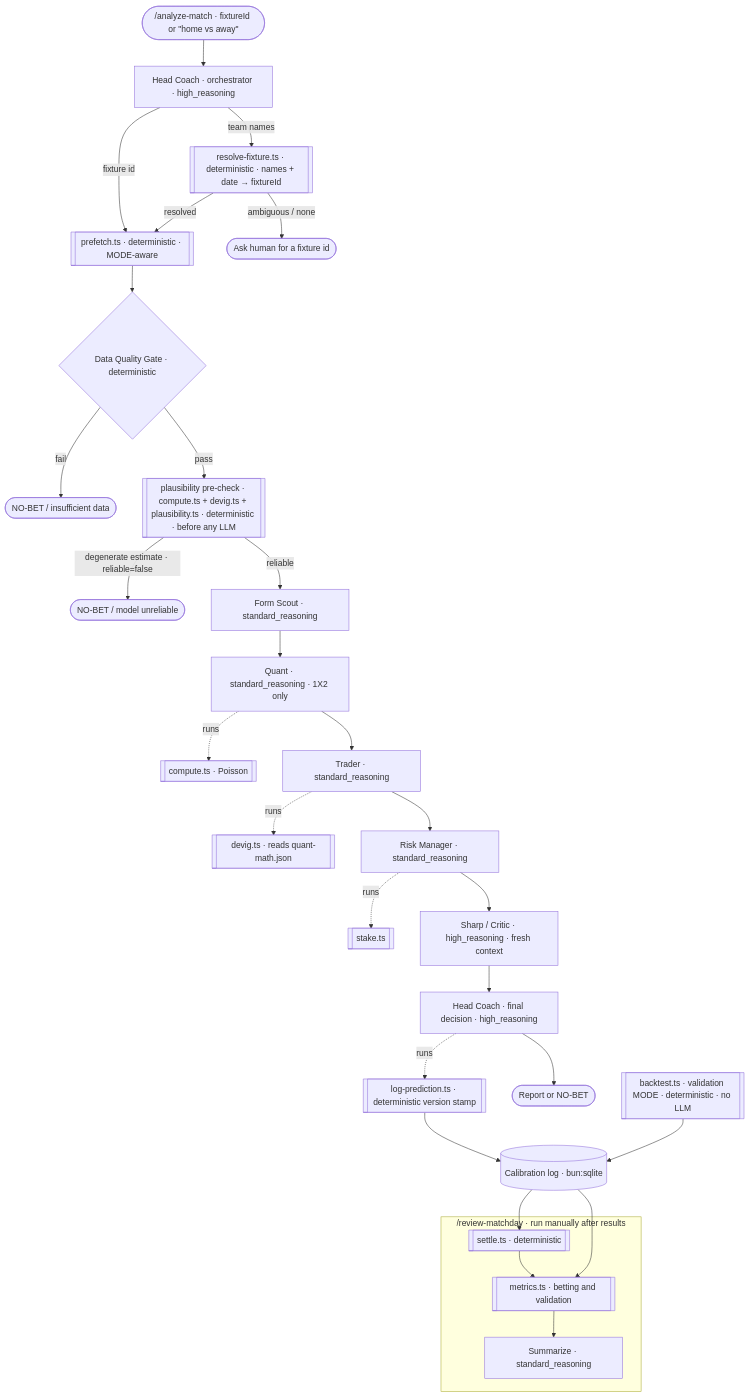
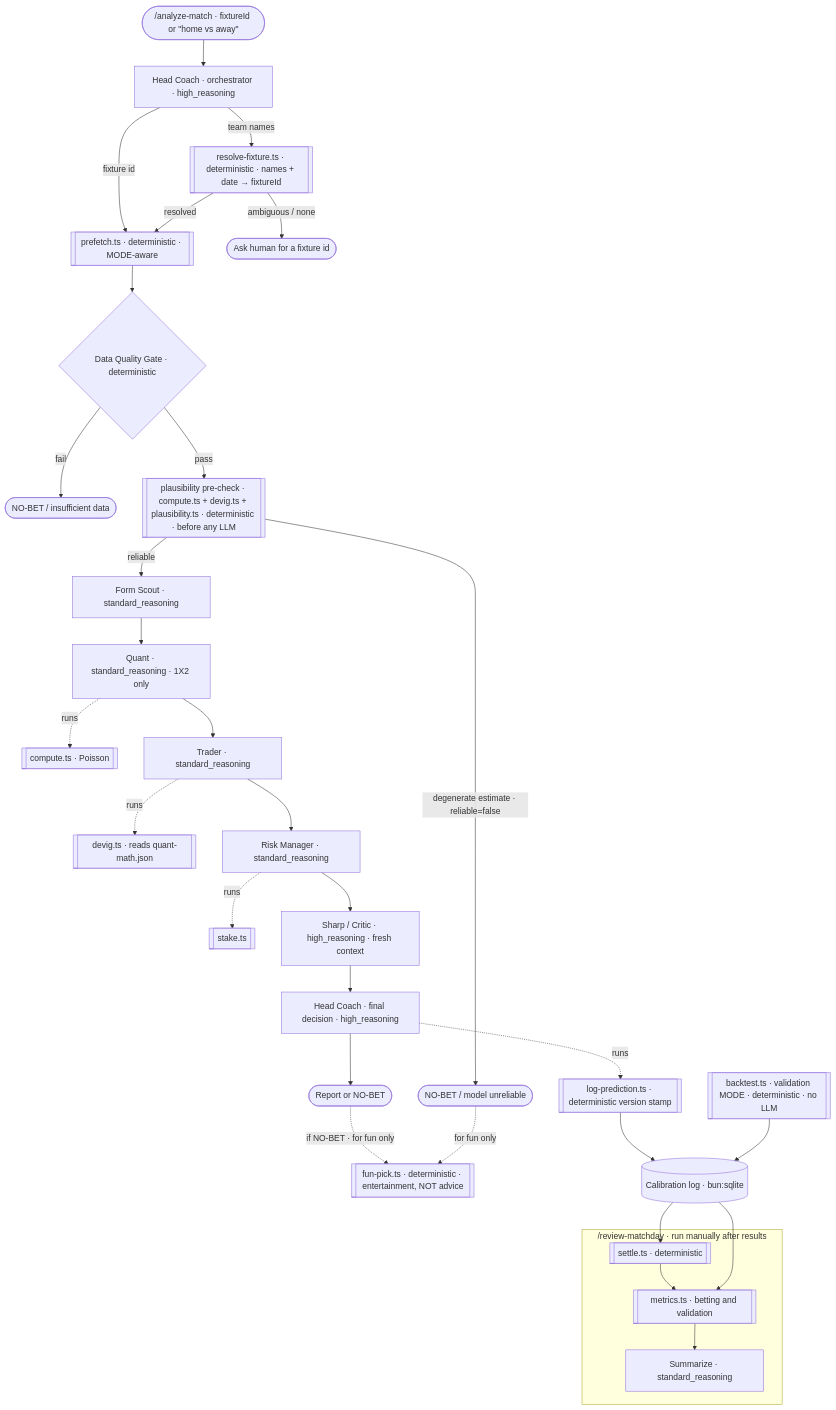
The diagram in AGENTS.md (super-kamil/backroom), drawn with Mermaid before and after one commit. The commit also changed 6 other files, not shown here.

First line of the commit message:
feat: add optional 'just for fun' market-price pick shown on NO-BET

````diff
--- a/AGENTS.md
+++ b/AGENTS.md
@@ -119,30 +119,32 @@
 ```mermaid
 flowchart TD
     U(["/analyze-match · fixtureId or &quot;home vs away&quot;"]) --> HC[Head Coach · orchestrator · high_reasoning]
     HC -->|team names| RES[[resolve-fixture.ts · deterministic · names + date → fixtureId]]
     HC -->|fixture id| PF[[prefetch.ts · deterministic · MODE-aware]]
     RES -->|resolved| PF
     RES -->|ambiguous / none| ASK([Ask human for a fixture id])
     PF --> DQ{Data Quality Gate · deterministic}
     DQ -->|fail| NB([NO-BET / insufficient data])
     DQ -->|pass| PC[[plausibility pre-check · compute.ts + devig.ts + plausibility.ts · deterministic · before any LLM]]
     PC -->|degenerate estimate · reliable=false| NBU([NO-BET / model unreliable])
     PC -->|reliable| FS[Form Scout · standard_reasoning]
     FS --> Q[Quant · standard_reasoning · 1X2 only]
     Q -. runs .-> CM[[compute.ts · Poisson]]
     Q --> T[Trader · standard_reasoning]
     T -. runs .-> DV[[devig.ts · reads quant-math.json]]
     T --> RM[Risk Manager · standard_reasoning]
     RM -. runs .-> ST[[stake.ts]]
     RM --> SH[Sharp / Critic · high_reasoning · fresh context]
     SH --> DEC[Head Coach · final decision · high_reasoning]
     DEC -. runs .-> LP[[log-prediction.ts · deterministic version stamp]]
     DEC --> OUT([Report or NO-BET])
+    OUT -. if NO-BET · for fun only .-> FUN[[fun-pick.ts · deterministic · entertainment, NOT advice]]
+    NBU -. for fun only .-> FUN
     LP --> LOG[(Calibration log · bun:sqlite)]
     BT[[backtest.ts · validation MODE · deterministic · no LLM]] --> LOG
     subgraph Review["/review-matchday · run manually after results"]
       SET[[settle.ts · deterministic]] --> MET[[metrics.ts · betting and validation]] --> SUM[Summarize · standard_reasoning]
     end
     LOG --> SET
     LOG --> MET
 ```
````
